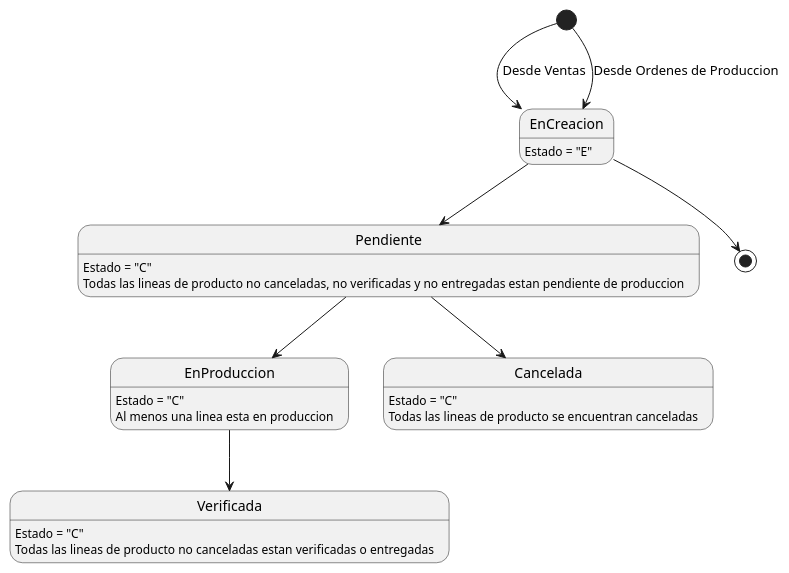
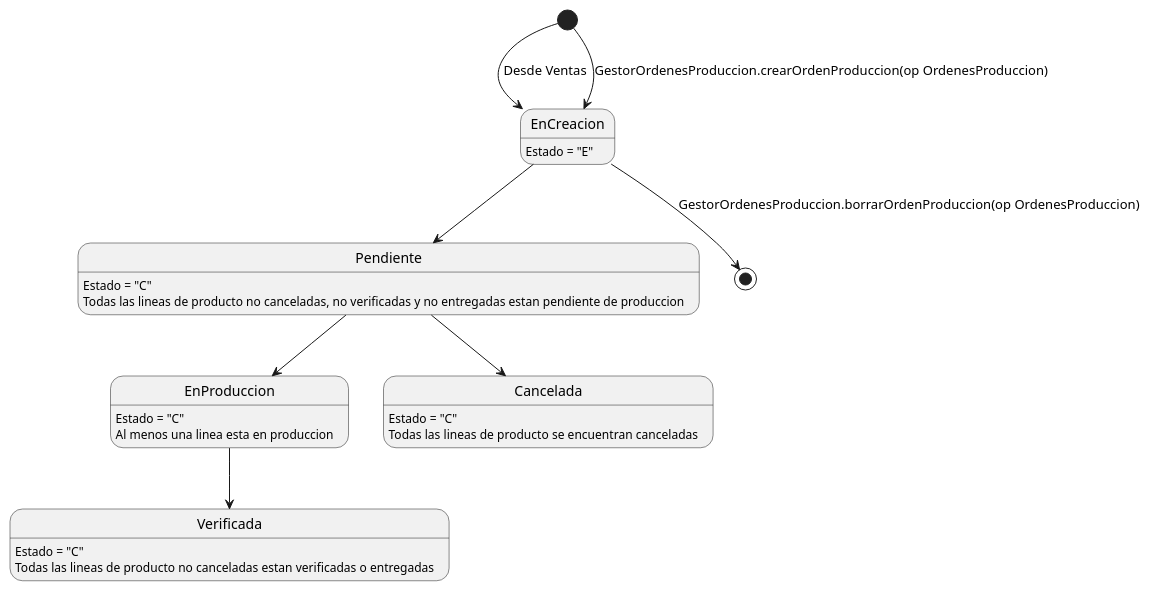
One commit to ZMGestion/DocumentacionZMGestion changed the sixth of 7 diagrams in DiagramasEstado/DiagramaDeEstado.puml. Above: the diagram before and after it, drawn with PlantUML. The commit also changed other lines of this file and 4 other files, not shown here.

Commit message:
Metodos en Diagrama de estados

```diff
--- a/DiagramasEstado/DiagramaDeEstado.puml
+++ b/DiagramasEstado/DiagramaDeEstado.puml
@@ -125,19 +127,19 @@
 @startuml ordenesProduccion
 EnCreacion: Estado = "E"
 Pendiente: Estado = "C"
 Pendiente: Todas las lineas de producto no canceladas, no verificadas y no entregadas estan pendiente de produccion
 EnProduccion: Estado = "C"
 EnProduccion: Al menos una linea esta en produccion
 Verificada: Estado = "C"
 Verificada: Todas las lineas de producto no canceladas estan verificadas o entregadas
 Cancelada: Estado = "C"
 Cancelada: Todas las lineas de producto se encuentran canceladas
 
 [*]--> EnCreacion: Desde Ventas
-[*]--> EnCreacion: Desde Ordenes de Produccion
-EnCreacion --> [*]
+[*]--> EnCreacion: GestorOrdenesProduccion.crearOrdenProduccion(op OrdenesProduccion)
+EnCreacion --> [*]: GestorOrdenesProduccion.borrarOrdenProduccion(op OrdenesProduccion)
 EnCreacion -->Pendiente
 Pendiente --> EnProduccion
 Pendiente --> Cancelada
 EnProduccion --> Verificada
 @enduml
```
